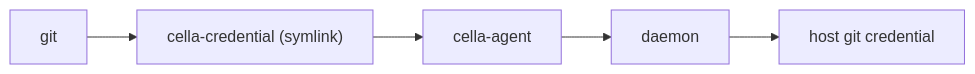
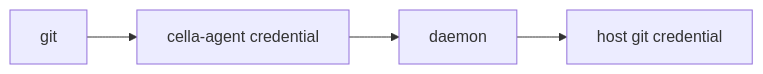
One commit to eve0415/cella changed the second of 2 diagrams in crates/cella-agent/docs/agent-architecture.md. Above: the diagram before and after it, drawn with Mermaid. The commit also changed other lines of this file and 3 other files, not shown here.

First line of the commit message:
refactor: remove cella-credential symlink, use agent subcommand

````diff
--- a/crates/cella-agent/docs/agent-architecture.md
+++ b/crates/cella-agent/docs/agent-architecture.md
@@ -89,4 +89,4 @@
 ```mermaid
 graph LR
-    git --> cella["cella-credential (symlink)"] --> agent["cella-agent"] --> daemon --> host["host git credential"]
+    git --> agent["cella-agent credential"] --> daemon --> host["host git credential"]
 ```
````
